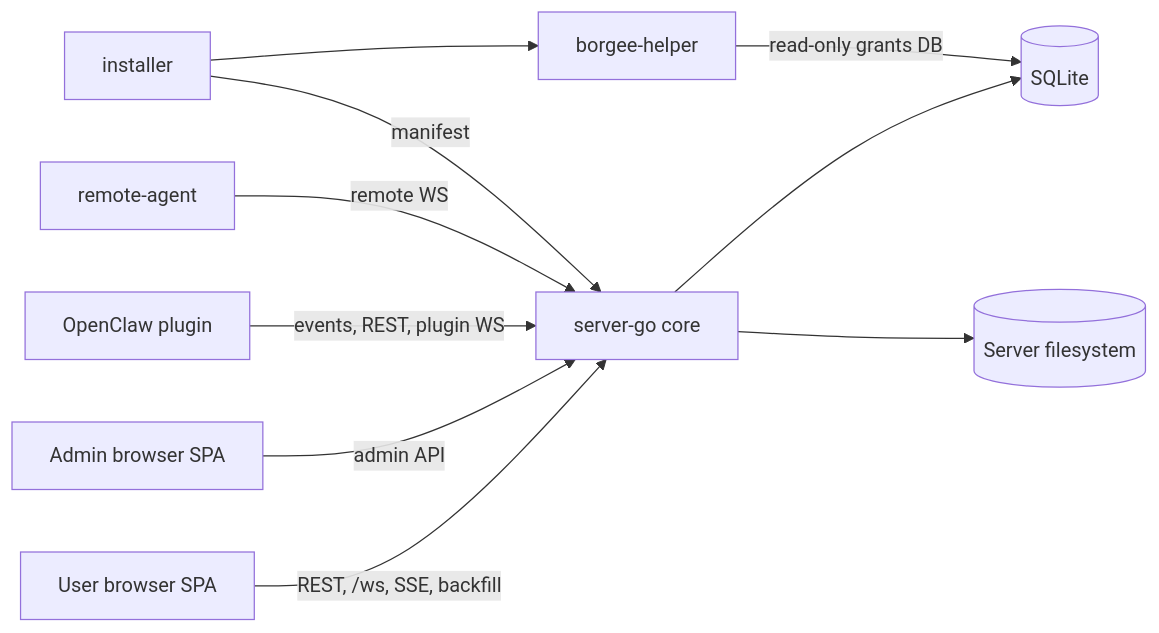
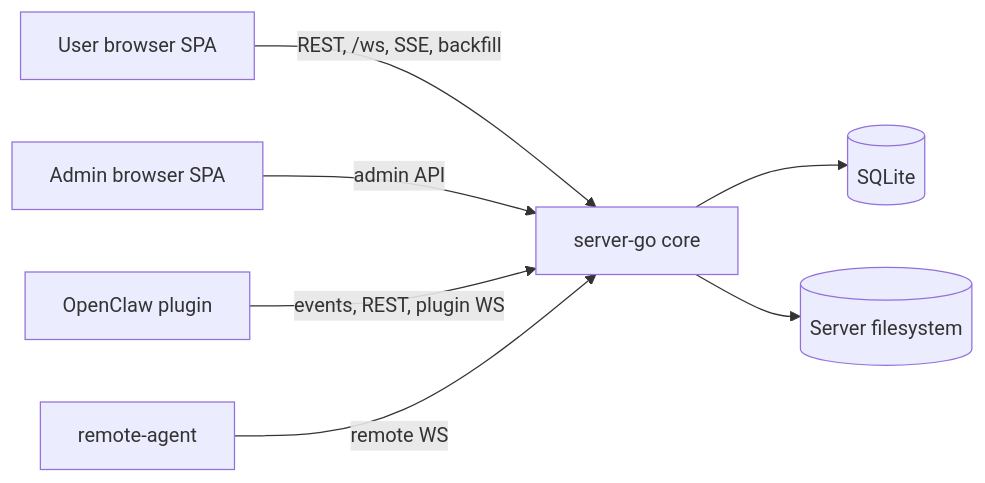
One commit to codetreker/borgee changed the diagram in docs/current/README.md. Above: the diagram before and after it, drawn with Mermaid. The commit also changed other lines of this file and 27 other files, not shown here.

````diff
--- a/docs/current/README.md
+++ b/docs/current/README.md
@@ -3,22 +3,17 @@
 ```mermaid
 flowchart LR
   user[User browser SPA]
   admin[Admin browser SPA]
   server[server-go core]
   db[(SQLite)]
   fs[(Server filesystem)]
   plugin[OpenClaw plugin]
   remote[remote-agent]
-  helper[borgee-helper]
-  installer[installer]
 
   user -->|REST, /ws, SSE, backfill| server
   admin -->|admin API| server
   server --> db
   server --> fs
   plugin -->|events, REST, plugin WS| server
   remote -->|remote WS| server
-  installer -->|manifest| server
-  installer --> helper
-  helper -->|read-only grants DB| db
 ```
````
